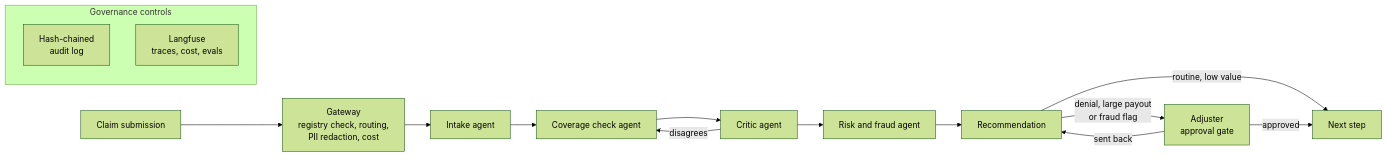
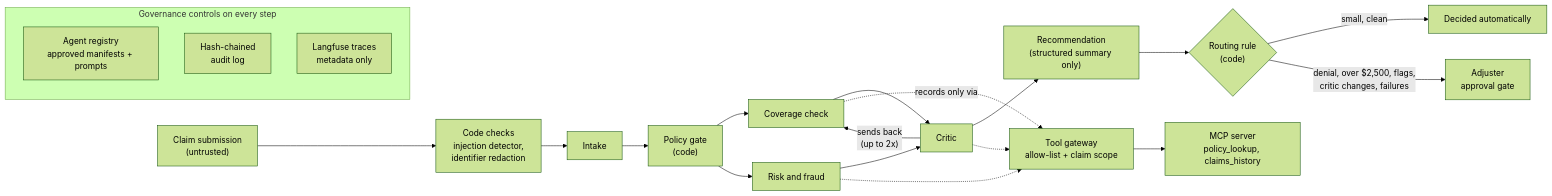
Before and after one commit to keeplearnin/hall-monitor: the diagram in README.md, drawn with Mermaid (forest theme). The commit also changed other lines of this file and 3 other files, not shown here.

````diff
--- a/README.md
+++ b/README.md
@@ -52,19 +52,26 @@
 ```mermaid
 flowchart LR
-    claim[Claim submission] --> gateway["Gateway<br/>registry check, routing,<br/>PII redaction, cost"]
-    gateway --> intake[Intake agent]
-    intake --> coverage[Coverage check agent]
-    coverage --> critic[Critic agent]
-    critic -- disagrees --> coverage
-    critic --> risk[Risk and fraud agent]
-    risk --> rec[Recommendation]
-    rec -- "denial, large payout<br/>or fraud flag" --> adjuster["Adjuster<br/>approval gate"]
-    rec -- "routine, low value" --> next[Next step]
-    adjuster -- approved --> next
-    adjuster -- sent back --> rec
+    claim["Claim submission<br/>(untrusted)"] --> checks["Code checks<br/>injection detector,<br/>identifier redaction"]
+    checks --> intake[Intake]
+    intake --> gate["Policy gate<br/>(code)"]
+    gate --> coverage[Coverage check]
+    gate --> risk[Risk and fraud]
+    coverage --> critic[Critic]
+    risk --> critic
+    critic -- "sends back<br/>(up to 2x)" --> coverage
+    critic --> rec["Recommendation<br/>(structured summary only)"]
+    rec --> route{"Routing rule<br/>(code)"}
+    route -- "small, clean" --> auto[Decided automatically]
+    route -- "denial, over $2,500, flags,<br/>critic changes, failures" --> adjuster["Adjuster<br/>approval gate"]
 
-    subgraph controls [Governance controls]
+    coverage -. records only via .-> tools["Tool gateway<br/>allow-list + claim scope"]
+    risk -.-> tools
+    critic -.-> tools
+    tools --> mcp["MCP server<br/>policy_lookup, claims_history"]
+
+    subgraph controls [Governance controls on every step]
+        registry["Agent registry<br/>approved manifests + prompts"]
         audit["Hash-chained<br/>audit log"]
-        langfuse["Langfuse<br/>traces, cost, evals"]
+        langfuse["Langfuse traces<br/>metadata only"]
     end
 ```
````
